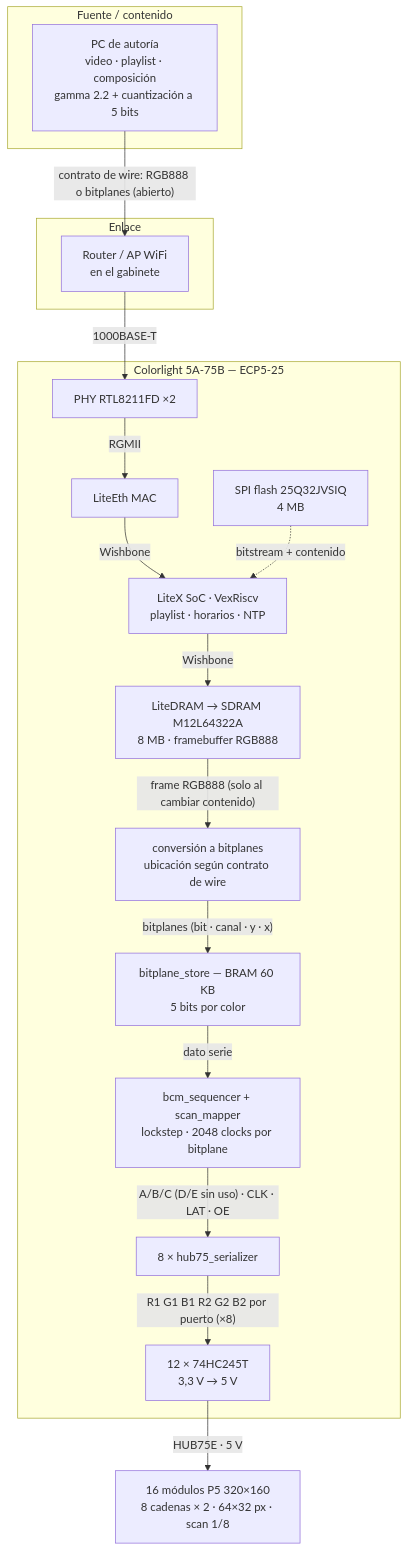
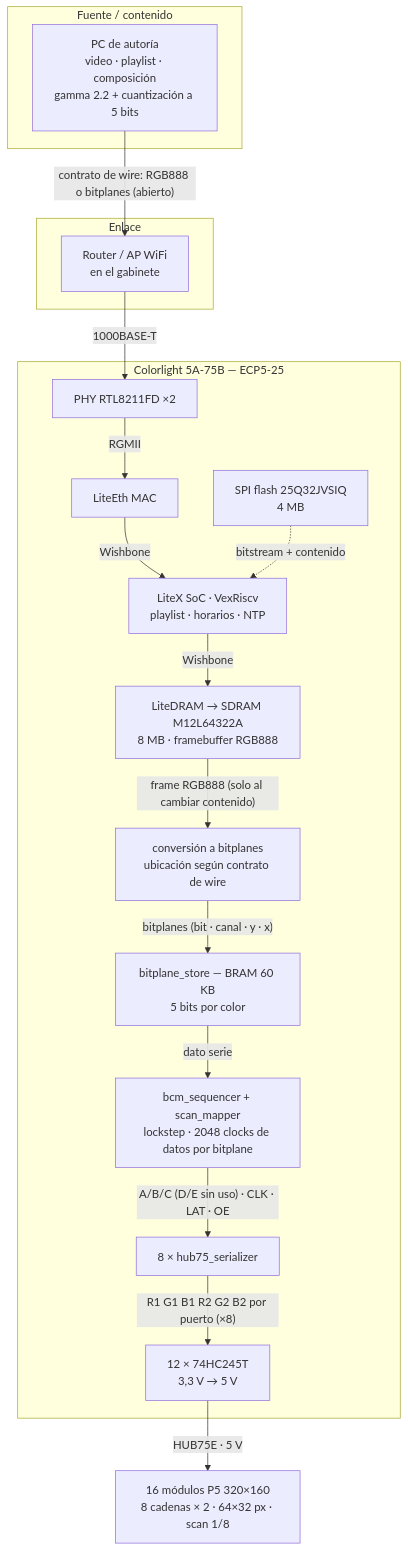
Before and after one commit to mwfigueroa/Electronic_Billboard: the first of 2 diagrams in docs/16_cadena_completa.md, drawn with Mermaid. The commit also changed other lines of this file and 6 other files, not shown here.

````diff
--- a/docs/16_cadena_completa.md
+++ b/docs/16_cadena_completa.md
@@ -9,38 +9,38 @@
 ```mermaid
 flowchart TB
     subgraph Content["Fuente / contenido"]
         PC["PC de autoría<br/>video · playlist · composición<br/>gamma 2.2 + cuantización a 5 bits"]
     end
 
     subgraph Net["Enlace"]
         AP["Router / AP WiFi<br/>en el gabinete"]
     end
 
     subgraph Board["Colorlight 5A-75B — ECP5-25"]
         PHY["PHY RTL8211FD ×2"]
         MAC["LiteEth MAC"]
         SoC["LiteX SoC · VexRiscv<br/>playlist · horarios · NTP"]
         Flash["SPI flash 25Q32JVSIQ<br/>4 MB"]
         DRAM["LiteDRAM → SDRAM M12L64322A<br/>8 MB · framebuffer RGB888"]
         Conv["conversión a bitplanes<br/>ubicación según contrato de wire"]
         Store["bitplane_store — BRAM 60 KB<br/>5 bits por color"]
-        Seq["bcm_sequencer + scan_mapper<br/>lockstep · 2048 clocks por bitplane"]
+        Seq["bcm_sequencer + scan_mapper<br/>lockstep · 2048 clocks de datos por bitplane"]
         Ser["8 × hub75_serializer"]
         Buf["12 × 74HC245T<br/>3,3 V → 5 V"]
     end
 
     Panel["16 módulos P5 320×160<br/>8 cadenas × 2 · 64×32 px · scan 1/8"]
 
     PC -->|"contrato de wire: RGB888 o bitplanes (abierto)"| AP
     AP -->|"1000BASE-T"| PHY
     PHY -->|"RGMII"| MAC
     MAC -->|"Wishbone"| SoC
     SoC -->|"Wishbone"| DRAM
     Flash -. "bitstream + contenido" .-> SoC
     DRAM -->|"frame RGB888 (solo al cambiar contenido)"| Conv
     Conv -->|"bitplanes (bit · canal · y · x)"| Store
     Store -->|"dato serie"| Seq
     Seq -->|"A/B/C (D/E sin uso) · CLK · LAT · OE"| Ser
     Ser -->|"R1 G1 B1 R2 G2 B2 por puerto (×8)"| Buf
     Buf -->|"HUB75E · 5 V"| Panel
 ```
````
